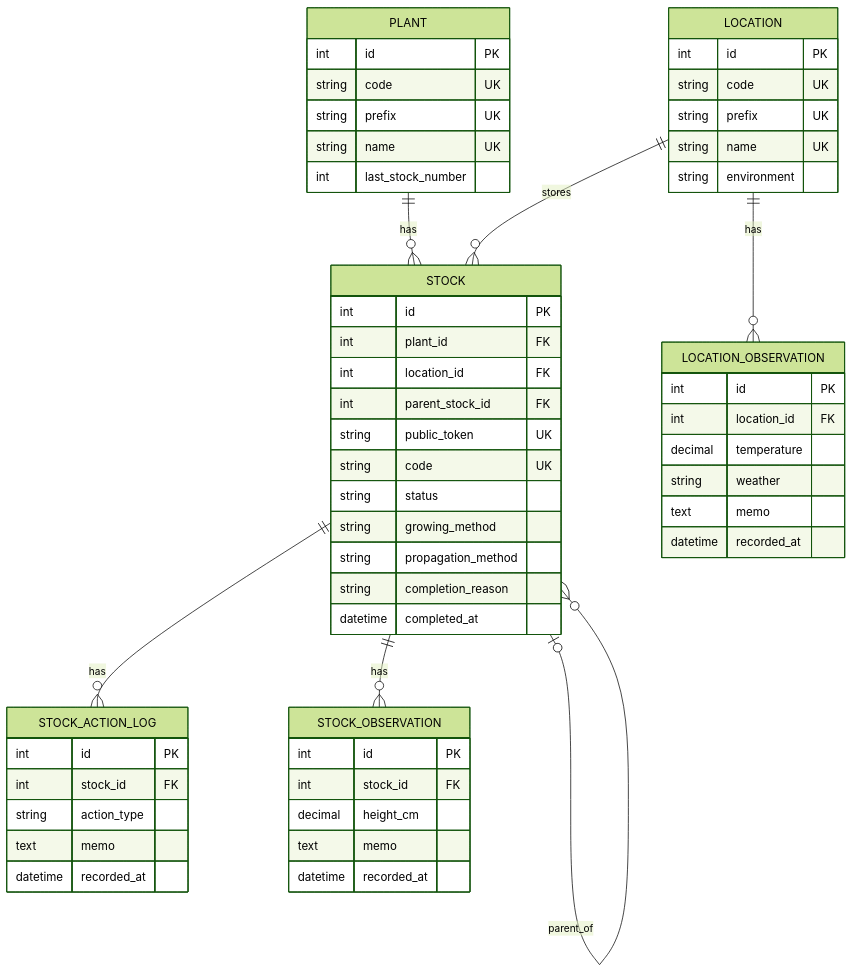
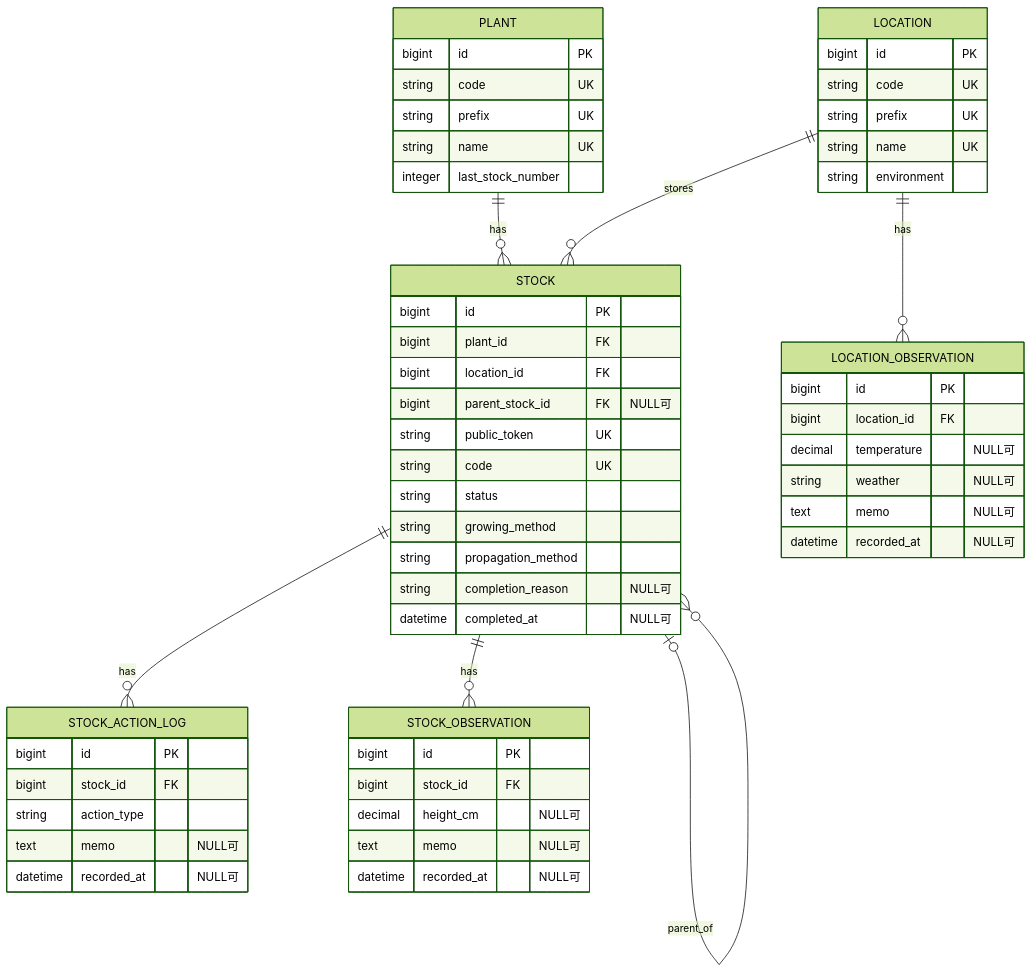
Before and after one commit to kawauso29/basil-manager: the diagram in doc/er.md, drawn with Mermaid (forest theme). The commit also changed other lines of this file and 6 other files, not shown here.

````diff
--- a/doc/er.md
+++ b/doc/er.md
@@ -14,64 +21,64 @@
 ```mermaid
 erDiagram
     PLANT ||--o{ STOCK : has
     LOCATION ||--o{ STOCK : stores
     STOCK o|--o{ STOCK : parent_of
     STOCK ||--o{ STOCK_ACTION_LOG : has
     STOCK ||--o{ STOCK_OBSERVATION : has
     LOCATION ||--o{ LOCATION_OBSERVATION : has
 
     PLANT {
-        int id PK
+        bigint id PK
         string code UK
         string prefix UK
         string name UK
-        int last_stock_number
+        integer last_stock_number
     }
 
     STOCK {
-        int id PK
-        int plant_id FK
-        int location_id FK
-        int parent_stock_id FK
+        bigint id PK
+        bigint plant_id FK
+        bigint location_id FK
+        bigint parent_stock_id FK "NULL可"
         string public_token UK
         string code UK
         string status
         string growing_method
         string propagation_method
-        string completion_reason
-        datetime completed_at
+        string completion_reason "NULL可"
+        datetime completed_at "NULL可"
     }
 
     LOCATION {
-        int id PK
+        bigint id PK
         string code UK
         string prefix UK
         string name UK
         string environment
     }
 
     STOCK_ACTION_LOG {
-        int id PK
-        int stock_id FK
+        bigint id PK
+        bigint stock_id FK
         string action_type
-        text memo
-        datetime recorded_at
+        text memo "NULL可"
+        datetime recorded_at "NULL可"
     }
 
     STOCK_OBSERVATION {
-        int id PK
-        int stock_id FK
-        decimal height_cm
-        text memo
-        datetime recorded_at
+        bigint id PK
+        bigint stock_id FK
+        decimal height_cm "NULL可"
+        text memo "NULL可"
+        datetime recorded_at "NULL可"
     }
 
     LOCATION_OBSERVATION {
-        int id PK
-        int location_id FK
-        decimal temperature
-        string weather
-        text memo
-        datetime recorded_at
+        bigint id PK
+        bigint location_id FK
+        decimal temperature "NULL可"
+        string weather "NULL可"
+        text memo "NULL可"
+        datetime recorded_at "NULL可"
     }
 ```
````
